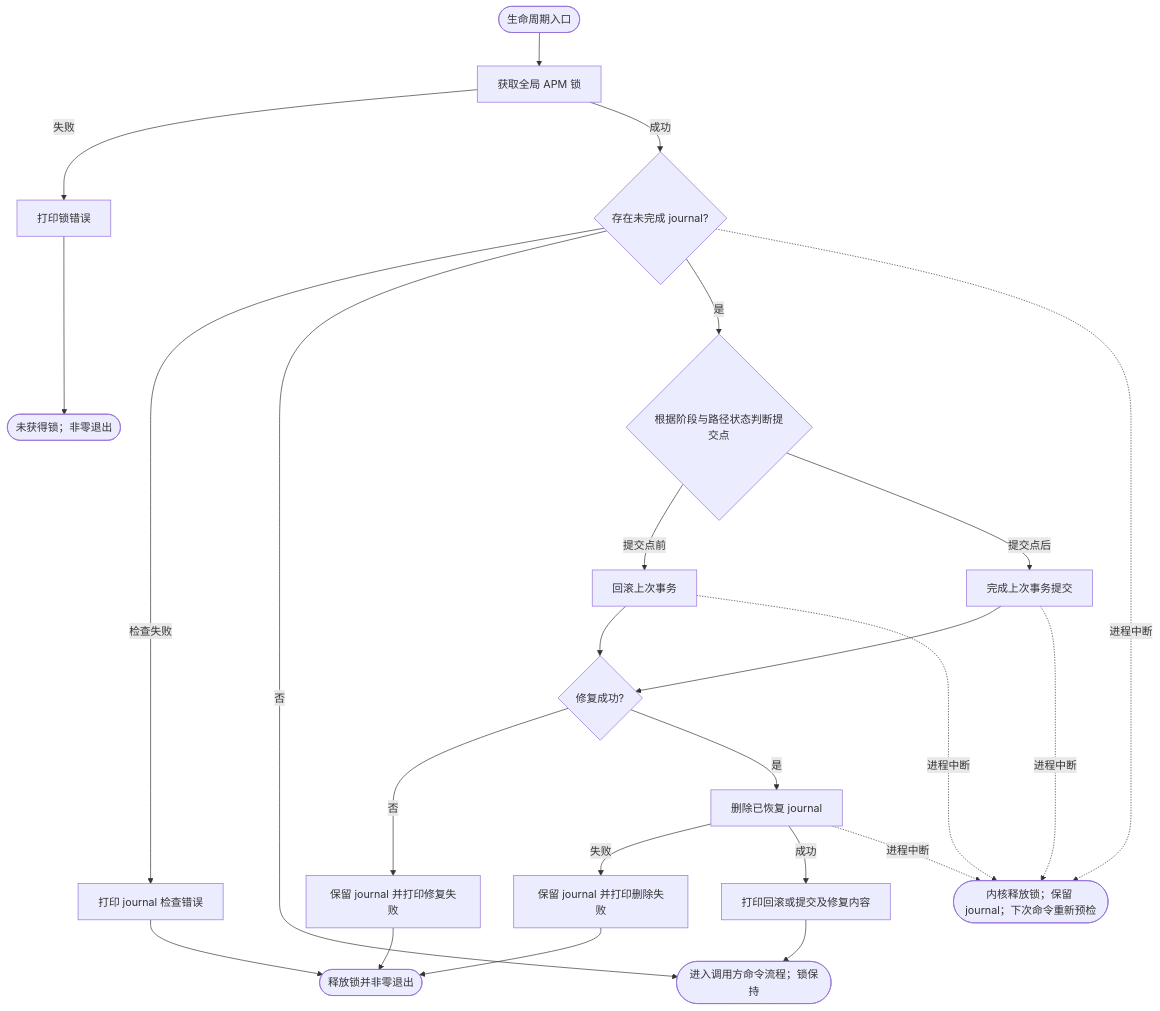
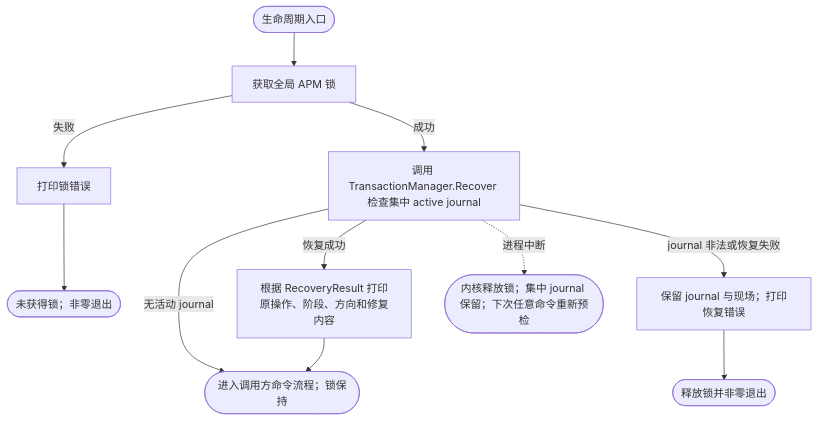
Before and after one commit to spacemit-com/agent-power-manager: the diagram in ivory-tower/c4/components/apm-cli-lifecycle-diagrams/common-journal-recovery.mmd, drawn with Mermaid. The commit also changed 12 other files, not shown here.

Commit message:
docs(transaction): define centralized recovery design

```diff
--- a/ivory-tower/c4/components/apm-cli-lifecycle-diagrams/common-journal-recovery.mmd
+++ b/ivory-tower/c4/components/apm-cli-lifecycle-diagrams/common-journal-recovery.mmd
@@ -1,19 +1,8 @@
 flowchart TD
     RecoveryStart([生命周期入口]) --> RecoveryLock[获取全局 APM 锁]
     RecoveryLock -->|失败| RecoveryLockFail[打印锁错误] --> RecoveryLockExit([未获得锁；非零退出])
-    RecoveryLock -->|成功| RecoveryJournal{存在未完成 journal?}
-    RecoveryJournal -->|检查失败| RecoveryJournalFail[打印 journal 检查错误] --> RecoveryExitError([释放锁并非零退出])
-    RecoveryJournal -->|否| RecoveryResume([进入调用方命令流程；锁保持])
-    RecoveryJournal -->|是| RecoveryDecide{根据阶段与路径状态判断提交点}
-    RecoveryDecide -->|提交点前| RecoveryRollback[回滚上次事务]
-    RecoveryDecide -->|提交点后| RecoveryCommit[完成上次事务提交]
-    RecoveryRollback --> RecoveryResult{修复成功?}
-    RecoveryCommit --> RecoveryResult
-    RecoveryResult -->|否| RecoveryFail[保留 journal 并打印修复失败] --> RecoveryExitError
-    RecoveryResult -->|是| RecoveryDelete[删除已恢复 journal]
-    RecoveryDelete -->|失败| RecoveryDeleteFail[保留 journal 并打印删除失败] --> RecoveryExitError
-    RecoveryDelete -->|成功| RecoveryLog[打印回滚或提交及修复内容] --> RecoveryResume
-    RecoveryJournal -.进程中断.-> RecoveryInterrupted([内核释放锁；保留 journal；下次命令重新预检])
-    RecoveryRollback -.进程中断.-> RecoveryInterrupted
-    RecoveryCommit -.进程中断.-> RecoveryInterrupted
-    RecoveryDelete -.进程中断.-> RecoveryInterrupted
+    RecoveryLock -->|成功| RecoveryManager[调用 TransactionManager.Recover 检查集中 active journal]
+    RecoveryManager -->|无活动 journal| RecoveryResume([进入调用方命令流程；锁保持])
+    RecoveryManager -->|恢复成功| RecoveryLog[根据 RecoveryResult 打印原操作、阶段、方向和修复内容] --> RecoveryResume
+    RecoveryManager -->|journal 非法或恢复失败| RecoveryFail[保留 journal 与现场；打印恢复错误] --> RecoveryExitError([释放锁并非零退出])
+    RecoveryManager -.进程中断.-> RecoveryInterrupted([内核释放锁；集中 journal 保留；下次任意命令重新预检])
```
